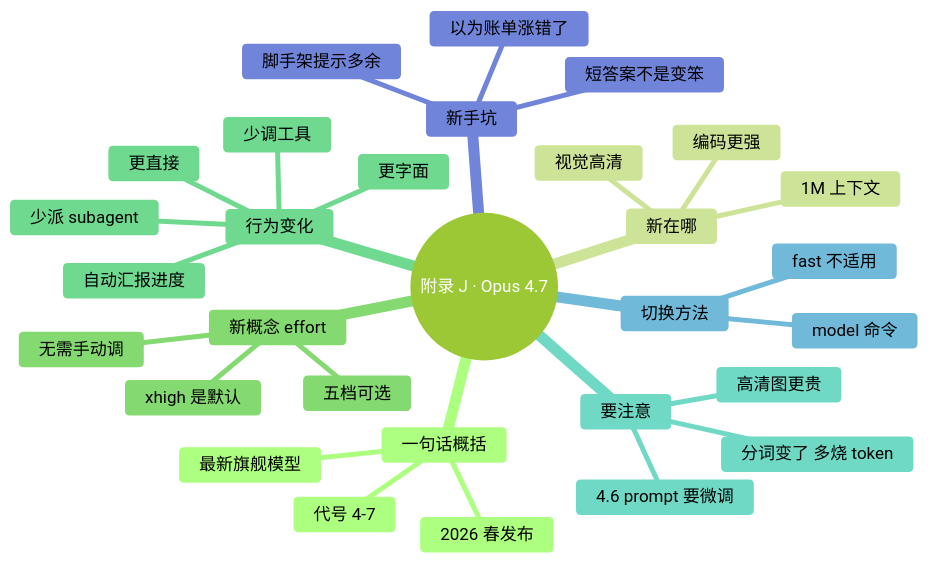
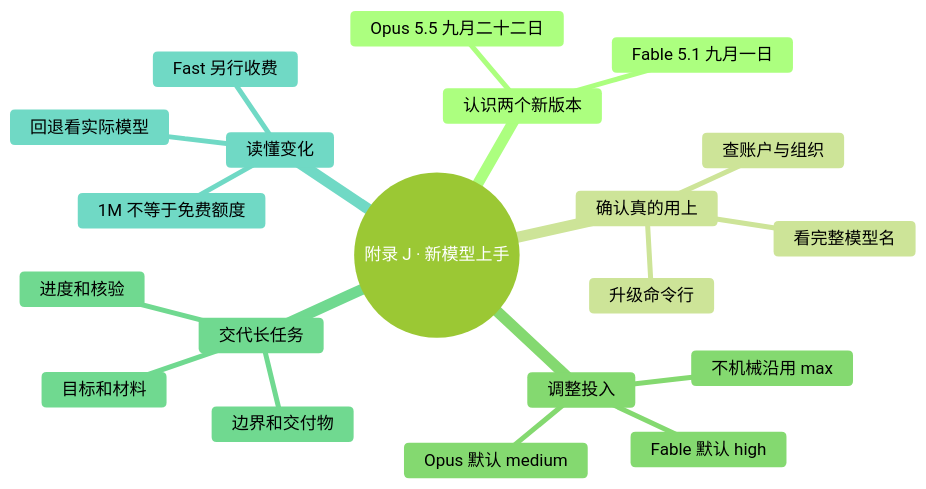
The diagram in manuscript/附录/J-Opus-4.7新手指南.md (mali9527/claude-code-full-guide-for-beginners), drawn with Mermaid before and after one commit. The commit also changed other lines of this file and 130 other files, not shown here.

````diff
--- a/manuscript/附录/J-Opus-4.7新手指南.md
+++ b/manuscript/附录/J-Opus-4.7新手指南.md
@@ -8,41 +22,31 @@
 ```mermaid
 ---
 config:
   theme: forest
   themeVariables:
     fontFamily: "-apple-system, 'SF Pro Text', 'PingFang SC', 'Helvetica Neue', sans-serif"
     fontSize: "17px"
     lineColor: "#D9D9D9"
 ---
 mindmap
-  root((附录 J · Opus 4.7))
-    一句话概括
-      最新旗舰模型
-      2026 春发布
-      代号 4-7
-    新在哪
-      编码更强
-      视觉高清
-      1M 上下文
-    新概念 effort
-      五档可选
-      xhigh 是默认
-      无需手动调
-    行为变化
-      更直接
-      更字面
-      少调工具
-      少派 subagent
-      自动汇报进度
-    要注意
-      分词变了 多烧 token
-      高清图更贵
-      4.6 prompt 要微调
-    切换方法
-      model 命令
-      fast 不适用
-    新手坑
-      短答案不是变笨
-      以为账单涨错了
-      脚手架提示多余
+  root((附录 J · 新模型上手))
+    认识两个新版本
+      Fable 5.1 九月一日
+      Opus 5.5 九月二十二日
+    确认真的用上
+      升级命令行
+      看完整模型名
+      查账户与组织
+    调整投入
+      Opus 默认 medium
+      Fable 默认 high
+      不机械沿用 max
+    交代长任务
+      目标和材料
+      边界和交付物
+      进度和核验
+    读懂变化
+      Fast 另行收费
+      1M 不等于免费额度
+      回退看实际模型
 ```
````
